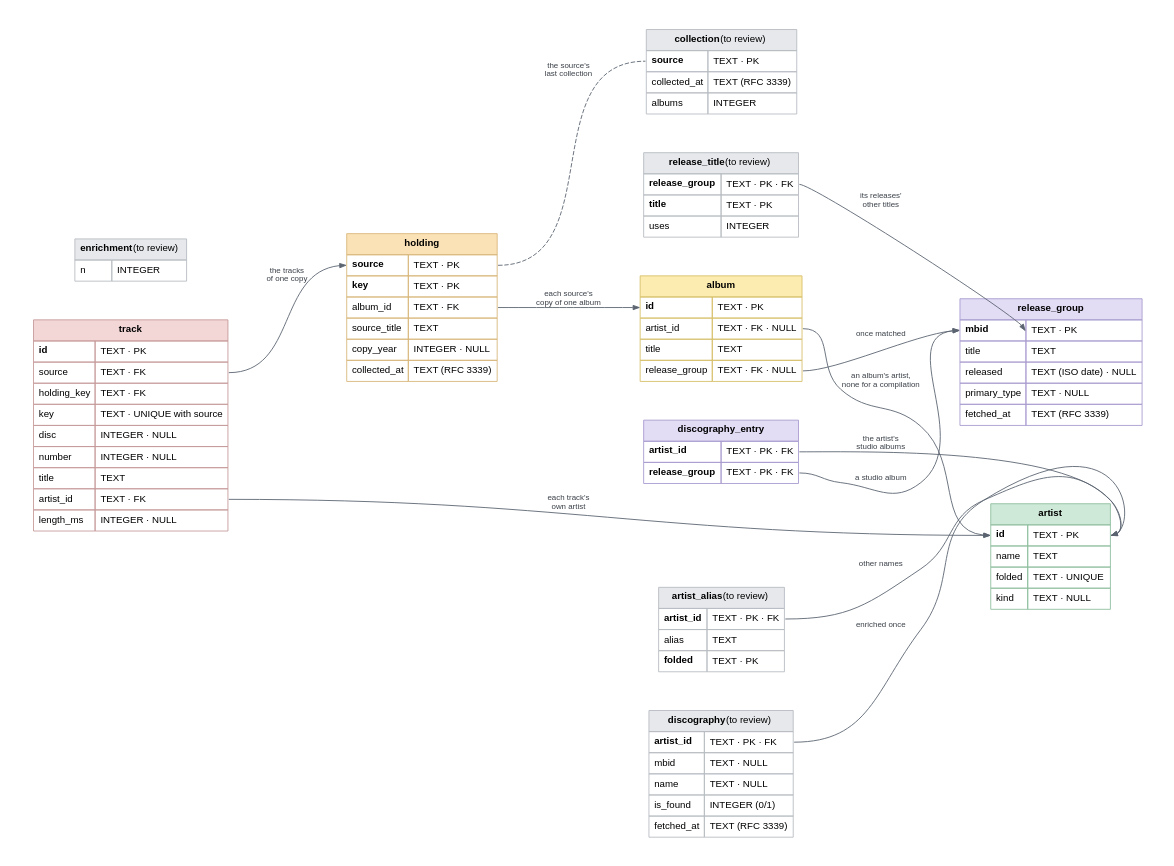
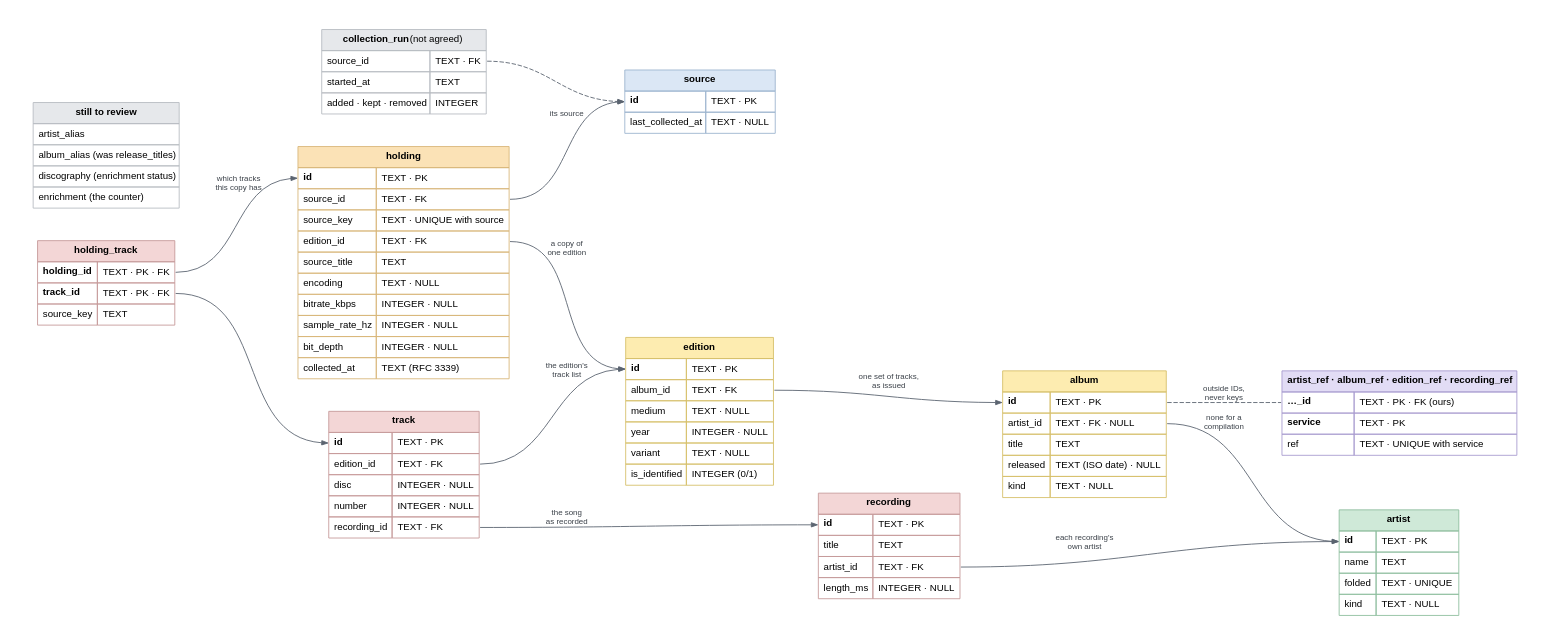
Before and after one commit to cdeever/eds-inventory: the diagram in docs/content/docs/reference/schema-proposed/schema-proposed.dot, drawn with Graphviz. The commit also changed 2 other files, not shown here.

Commit message:
Proposed schema: editions, recordings, our own keys
The review so far, redrawn: album as the work, edition as one set of
tracks as issued, holding as one copy (rips are copies of the edition
they came from, with their encoding), track as a place on an edition and
recording as the song. Outside IDs live in _ref tables and are never
keys; source becomes a table. No Jacket Required is the worked example.

```diff
--- a/docs/content/docs/reference/schema-proposed/schema-proposed.dot
+++ b/docs/content/docs/reference/schema-proposed/schema-proposed.dot
@@ -1,122 +1,126 @@
-// The inventory's database as proposed on 2026-10-24, not yet built. Drawn
-// by GraphViz: `make -C docs diagrams` writes schema-proposed.svg beside this
-// file, and both are committed. Tables reviewed so far are in color; those
-// only renamed, and still to be reviewed, are gray.
+// The inventory's database as proposed, not yet built (review started
+// 2026-10-24). Drawn by GraphViz: `make -C docs diagrams` writes
+// schema-proposed.svg beside this file, and both are committed. Tables
+// agreed are in color; those still to review, or not yet agreed, are gray.
 digraph schema_proposed {
-    graph [rankdir=LR, bgcolor="white", pad=0.3, nodesep=0.5, ranksep=1.0,
+    graph [rankdir=LR, bgcolor="white", pad=0.3, nodesep=0.4, ranksep=0.9,
            fontname="Helvetica,Arial,sans-serif"];
     node  [shape=plaintext, fontname="Helvetica,Arial,sans-serif", fontsize=11];
     edge  [color="#5b6470", arrowsize=0.7, fontname="Helvetica,Arial,sans-serif", fontsize=9, fontcolor="#3a4048"];
 
+    holding_track [label=<
+      <table border="0" cellborder="1" cellspacing="0" cellpadding="5" color="#c79a9a">
+        <tr><td bgcolor="#f3d6d6" colspan="2"><b>holding_track</b></td></tr>
+        <tr><td align="left"><b>holding_id</b></td><td port="holding" align="left">TEXT · PK · FK</td></tr>
+        <tr><td align="left"><b>track_id</b></td><td port="track" align="left">TEXT · PK · FK</td></tr>
+        <tr><td align="left">source_key</td><td align="left">TEXT</td></tr>
+      </table>>];
+
+    holding [label=<
+      <table border="0" cellborder="1" cellspacing="0" cellpadding="5" color="#d9b77a">
+        <tr><td bgcolor="#fbe2b6" colspan="2"><b>holding</b></td></tr>
+        <tr><td port="id" align="left"><b>id</b></td><td align="left">TEXT · PK</td></tr>
+        <tr><td align="left">source_id</td><td port="source" align="left">TEXT · FK</td></tr>
+        <tr><td align="left">source_key</td><td align="left">TEXT · UNIQUE with source</td></tr>
+        <tr><td align="left">edition_id</td><td port="edition" align="left">TEXT · FK</td></tr>
+        <tr><td align="left">source_title</td><td align="left">TEXT</td></tr>
+        <tr><td align="left">encoding</td><td align="left">TEXT · NULL</td></tr>
+        <tr><td align="left">bitrate_kbps</td><td align="left">INTEGER · NULL</td></tr>
+        <tr><td align="left">sample_rate_hz</td><td align="left">INTEGER · NULL</td></tr>
+        <tr><td align="left">bit_depth</td><td align="left">INTEGER · NULL</td></tr>
+        <tr><td align="left">collected_at</td><td align="left">TEXT (RFC 3339)</td></tr>
+      </table>>];
+
+    source [label=<
+      <table border="0" cellborder="1" cellspacing="0" cellpadding="5" color="#9db4cf">
+        <tr><td bgcolor="#dbe7f5" colspan="2"><b>source</b></td></tr>
+        <tr><td port="id" align="left"><b>id</b></td><td align="left">TEXT · PK</td></tr>
+        <tr><td align="left">last_collected_at</td><td align="left">TEXT · NULL</td></tr>
+      </table>>];
+
+    collection_run [label=<
+      <table border="0" cellborder="1" cellspacing="0" cellpadding="5" color="#b8bcc2">
+        <tr><td bgcolor="#e6e8eb" colspan="2"><b>collection_run</b> (not agreed)</td></tr>
+        <tr><td align="left">source_id</td><td port="source" align="left">TEXT · FK</td></tr>
+        <tr><td align="left">started_at</td><td align="left">TEXT</td></tr>
+        <tr><td align="left">added · kept · removed</td><td align="left">INTEGER</td></tr>
+      </table>>];
+
+    track [label=<
+      <table border="0" cellborder="1" cellspacing="0" cellpadding="5" color="#c79a9a">
+        <tr><td bgcolor="#f3d6d6" colspan="2"><b>track</b></td></tr>
+        <tr><td port="id" align="left"><b>id</b></td><td align="left">TEXT · PK</td></tr>
+        <tr><td align="left">edition_id</td><td port="edition" align="left">TEXT · FK</td></tr>
+        <tr><td align="left">disc</td><td align="left">INTEGER · NULL</td></tr>
+        <tr><td align="left">number</td><td align="left">INTEGER · NULL</td></tr>
+        <tr><td align="left">recording_id</td><td port="recording" align="left">TEXT · FK</td></tr>
+      </table>>];
+
+    edition [label=<
+      <table border="0" cellborder="1" cellspacing="0" cellpadding="5" color="#d6c06a">
+        <tr><td bgcolor="#fdecb0" colspan="2"><b>edition</b></td></tr>
+        <tr><td port="id" align="left"><b>id</b></td><td align="left">TEXT · PK</td></tr>
+        <tr><td align="left">album_id</td><td port="album" align="left">TEXT · FK</td></tr>
+        <tr><td align="left">medium</td><td align="left">TEXT · NULL</td></tr>
+        <tr><td align="left">year</td><td align="left">INTEGER · NULL</td></tr>
+        <tr><td align="left">variant</td><td align="left">TEXT · NULL</td></tr>
+        <tr><td align="left">is_identified</td><td align="left">INTEGER (0/1)</td></tr>
+      </table>>];
+
+    recording [label=<
+      <table border="0" cellborder="1" cellspacing="0" cellpadding="5" color="#c79a9a">
+        <tr><td bgcolor="#f3d6d6" colspan="2"><b>recording</b></td></tr>
+        <tr><td port="id" align="left"><b>id</b></td><td align="left">TEXT · PK</td></tr>
+        <tr><td align="left">title</td><td align="left">TEXT</td></tr>
+        <tr><td align="left">artist_id</td><td port="artist" align="left">TEXT · FK</td></tr>
+        <tr><td align="left">length_ms</td><td align="left">INTEGER · NULL</td></tr>
+      </table>>];
+
+    album [label=<
+      <table border="0" cellborder="1" cellspacing="0" cellpadding="5" color="#d6c06a">
+        <tr><td bgcolor="#fdecb0" colspan="2"><b>album</b></td></tr>
+        <tr><td port="id" align="left"><b>id</b></td><td port="idr" align="left">TEXT · PK</td></tr>
+        <tr><td align="left">artist_id</td><td port="artist" align="left">TEXT · FK · NULL</td></tr>
+        <tr><td align="left">title</td><td align="left">TEXT</td></tr>
+        <tr><td align="left">released</td><td align="left">TEXT (ISO date) · NULL</td></tr>
+        <tr><td align="left">kind</td><td align="left">TEXT · NULL</td></tr>
+      </table>>];
+
     artist [label=<
       <table border="0" cellborder="1" cellspacing="0" cellpadding="5" color="#8fbf9f">
         <tr><td bgcolor="#cfe9d8" colspan="2"><b>artist</b></td></tr>
-        <tr><td port="id" align="left"><b>id</b></td><td port="idr" align="left">TEXT · PK</td></tr>
+        <tr><td port="id" align="left"><b>id</b></td><td align="left">TEXT · PK</td></tr>
         <tr><td align="left">name</td><td align="left">TEXT</td></tr>
         <tr><td align="left">folded</td><td align="left">TEXT · UNIQUE</td></tr>
         <tr><td align="left">kind</td><td align="left">TEXT · NULL</td></tr>
       </table>>];
 
-    album [label=<
-      <table border="0" cellborder="1" cellspacing="0" cellpadding="5" color="#d6c06a">
-        <tr><td bgcolor="#fdecb0" colspan="2"><b>album</b></td></tr>
-        <tr><td port="id" align="left"><b>id</b></td><td align="left">TEXT · PK</td></tr>
-        <tr><td align="left">artist_id</td><td port="artist_id" align="left">TEXT · FK · NULL</td></tr>
-        <tr><td align="left">title</td><td align="left">TEXT</td></tr>
-        <tr><td align="left">release_group</td><td port="release_group" align="left">TEXT · FK · NULL</td></tr>
+    refs [label=<
+      <table border="0" cellborder="1" cellspacing="0" cellpadding="5" color="#a99bd0">
+        <tr><td bgcolor="#e2dcf5" colspan="2"><b>artist_ref · album_ref · edition_ref · recording_ref</b></td></tr>
+        <tr><td port="owner" align="left"><b>…_id</b></td><td align="left">TEXT · PK · FK (ours)</td></tr>
+        <tr><td align="left"><b>service</b></td><td align="left">TEXT · PK</td></tr>
+        <tr><td align="left">ref</td><td align="left">TEXT · UNIQUE with service</td></tr>
       </table>>];
 
-    holding [label=<
-      <table border="0" cellborder="1" cellspacing="0" cellpadding="5" color="#d9b77a">
-        <tr><td bgcolor="#fbe2b6" colspan="2"><b>holding</b></td></tr>
-        <tr><td port="source" align="left"><b>source</b></td><td port="sourcer" align="left">TEXT · PK</td></tr>
-        <tr><td port="key" align="left"><b>key</b></td><td align="left">TEXT · PK</td></tr>
-        <tr><td align="left">album_id</td><td port="album_id" align="left">TEXT · FK</td></tr>
-        <tr><td align="left">source_title</td><td align="left">TEXT</td></tr>
-        <tr><td align="left">copy_year</td><td align="left">INTEGER · NULL</td></tr>
-        <tr><td align="left">collected_at</td><td align="left">TEXT (RFC 3339)</td></tr>
+    to_review [label=<
+      <table border="0" cellborder="1" cellspacing="0" cellpadding="5" color="#b8bcc2">
+        <tr><td bgcolor="#e6e8eb"><b>still to review</b></td></tr>
+        <tr><td align="left">artist_alias</td></tr>
+        <tr><td align="left">album_alias (was release_titles)</td></tr>
+        <tr><td align="left">discography (enrichment status)</td></tr>
+        <tr><td align="left">enrichment (the counter)</td></tr>
       </table>>];
 
-    track [label=<
-      <table border="0" cellborder="1" cellspacing="0" cellpadding="5" color="#c79a9a">
-        <tr><td bgcolor="#f3d6d6" colspan="2"><b>track</b></td></tr>
-        <tr><td align="left"><b>id</b></td><td align="left">TEXT · PK</td></tr>
-        <tr><td align="left">source</td><td port="holding" align="left">TEXT · FK</td></tr>
-        <tr><td align="left">holding_key</td><td align="left">TEXT · FK</td></tr>
-        <tr><td align="left">key</td><td align="left">TEXT · UNIQUE with source</td></tr>
-        <tr><td align="left">disc</td><td align="left">INTEGER · NULL</td></tr>
-        <tr><td align="left">number</td><td align="left">INTEGER · NULL</td></tr>
-        <tr><td align="left">title</td><td align="left">TEXT</td></tr>
-        <tr><td align="left">artist_id</td><td port="artist_id" align="left">TEXT · FK</td></tr>
-        <tr><td align="left">length_ms</td><td align="left">INTEGER · NULL</td></tr>
-      </table>>];
-
-    release_group [label=<
-      <table border="0" cellborder="1" cellspacing="0" cellpadding="5" color="#a99bd0">
-        <tr><td bgcolor="#e2dcf5" colspan="2"><b>release_group</b></td></tr>
-        <tr><td port="mbid" align="left"><b>mbid</b></td><td align="left">TEXT · PK</td></tr>
-        <tr><td align="left">title</td><td align="left">TEXT</td></tr>
-        <tr><td align="left">released</td><td align="left">TEXT (ISO date) · NULL</td></tr>
-        <tr><td align="left">primary_type</td><td align="left">TEXT · NULL</td></tr>
-        <tr><td align="left">fetched_at</td><td align="left">TEXT (RFC 3339)</td></tr>
-      </table>>];
-
-    discography_entry [label=<
-      <table border="0" cellborder="1" cellspacing="0" cellpadding="5" color="#a99bd0">
-        <tr><td bgcolor="#e2dcf5" colspan="2"><b>discography_entry</b></td></tr>
-        <tr><td align="left"><b>artist_id</b></td><td port="artist_id" align="left">TEXT · PK · FK</td></tr>
-        <tr><td align="left"><b>release_group</b></td><td port="release_group" align="left">TEXT · PK · FK</td></tr>
-      </table>>];
-
-    collection [label=<
-      <table border="0" cellborder="1" cellspacing="0" cellpadding="5" color="#b8bcc2">
-        <tr><td bgcolor="#e6e8eb" colspan="2"><b>collection</b> (to review)</td></tr>
-        <tr><td port="source" align="left"><b>source</b></td><td align="left">TEXT · PK</td></tr>
-        <tr><td align="left">collected_at</td><td align="left">TEXT (RFC 3339)</td></tr>
-        <tr><td align="left">albums</td><td align="left">INTEGER</td></tr>
-      </table>>];
-
-    discography [label=<
-      <table border="0" cellborder="1" cellspacing="0" cellpadding="5" color="#b8bcc2">
-        <tr><td bgcolor="#e6e8eb" colspan="2"><b>discography</b> (to review)</td></tr>
-        <tr><td align="left"><b>artist_id</b></td><td port="artist_id" align="left">TEXT · PK · FK</td></tr>
-        <tr><td align="left">mbid</td><td align="left">TEXT · NULL</td></tr>
-        <tr><td align="left">name</td><td align="left">TEXT · NULL</td></tr>
-        <tr><td align="left">is_found</td><td align="left">INTEGER (0/1)</td></tr>
-        <tr><td align="left">fetched_at</td><td align="left">TEXT (RFC 3339)</td></tr>
-      </table>>];
-
-    artist_alias [label=<
-      <table border="0" cellborder="1" cellspacing="0" cellpadding="5" color="#b8bcc2">
-        <tr><td bgcolor="#e6e8eb" colspan="2"><b>artist_alias</b> (to review)</td></tr>
-        <tr><td align="left"><b>artist_id</b></td><td port="artist_id" align="left">TEXT · PK · FK</td></tr>
-        <tr><td align="left">alias</td><td align="left">TEXT</td></tr>
-        <tr><td align="left"><b>folded</b></td><td align="left">TEXT · PK</td></tr>
-      </table>>];
-
-    release_title [label=<
-      <table border="0" cellborder="1" cellspacing="0" cellpadding="5" color="#b8bcc2">
-        <tr><td bgcolor="#e6e8eb" colspan="2"><b>release_title</b> (to review)</td></tr>
-        <tr><td align="left"><b>release_group</b></td><td port="release_group" align="left">TEXT · PK · FK</td></tr>
-        <tr><td align="left"><b>title</b></td><td align="left">TEXT · PK</td></tr>
-        <tr><td align="left">uses</td><td align="left">INTEGER</td></tr>
-      </table>>];
-
-    enrichment [label=<
-      <table border="0" cellborder="1" cellspacing="0" cellpadding="5" color="#b8bcc2">
-        <tr><td bgcolor="#e6e8eb" colspan="2"><b>enrichment</b> (to review)</td></tr>
-        <tr><td align="left">n</td><td align="left">INTEGER</td></tr>
-      </table>>];
-
-    album:artist_id:e -> artist:id:w [label="an album's artist,\nnone for a compilation"];
-    track:artist_id:e -> artist:id:w [label="each track's\nown artist"];
-    holding:album_id:e -> album:id:w [label="each source's\ncopy of one album"];
-    track:holding:e -> holding:source:w [label="the tracks\nof one copy"];
-    holding:sourcer:e -> collection:source:w [style=dashed, arrowhead=none, label="the source's\nlast collection"];
-    album:release_group:e -> release_group:mbid:w [label="once matched"];
-    discography_entry:release_group:e -> release_group:mbid:w [label="a studio album"];
-    discography_entry:artist_id:e -> artist:idr:e [label="the artist's\nstudio albums"];
-    discography:artist_id:e -> artist:idr:e [label="enriched once"];
-    artist_alias:artist_id:e -> artist:idr:e [label="other names"];
-    release_title:release_group:e -> release_group:mbid:e [label="its releases'\nother titles"];
+    holding_track:holding:e -> holding:id:w [label="which tracks\nthis copy has"];
+    holding_track:track:e -> track:id:w;
+    holding:source:e -> source:id:w [label="its source"];
+    collection_run:source:e -> source:id:w [style=dashed];
+    holding:edition:e -> edition:id:w [label="a copy of\none edition"];
+    track:edition:e -> edition:id:w [label="the edition's\ntrack list"];
+    track:recording:e -> recording:id:w [label="the song\nas recorded"];
+    edition:album:e -> album:id:w [label="one set of tracks,\nas issued"];
+    recording:artist:e -> artist:id:w [label="each recording's\nown artist"];
+    album:artist:e -> artist:id:w [label="none for a\ncompilation"];
+    album:idr:e -> refs:owner:w [style=dashed, arrowhead=none, label="outside IDs,\nnever keys"];
 }
```
